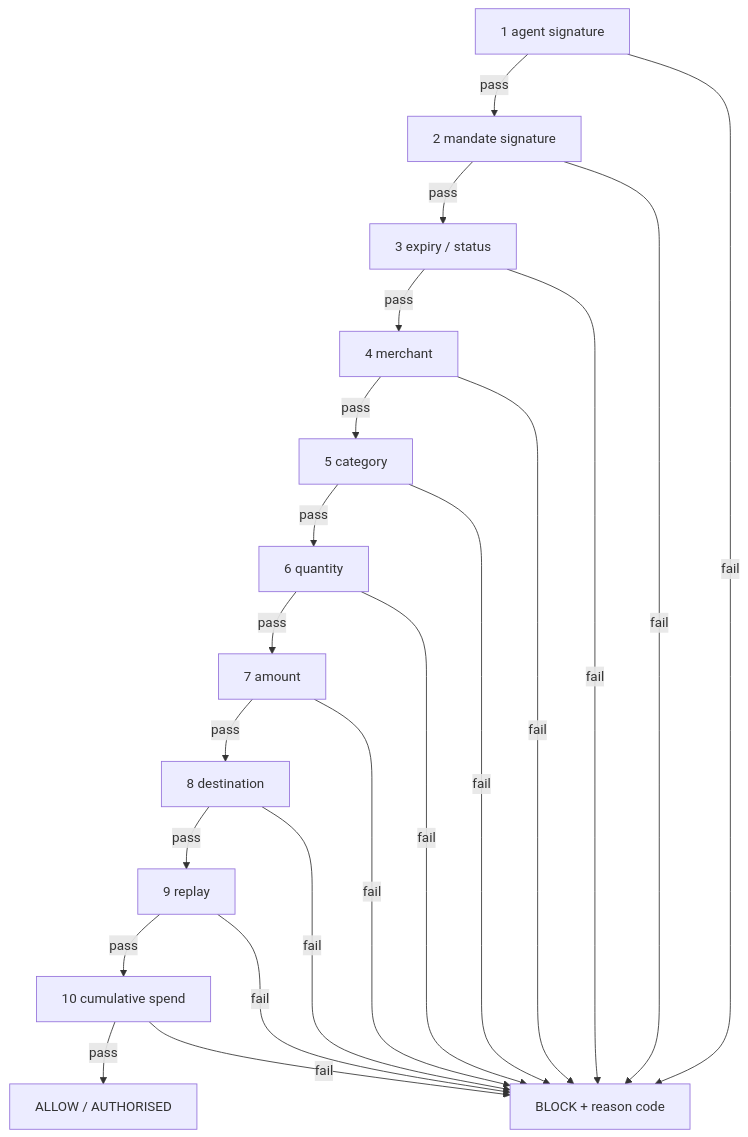
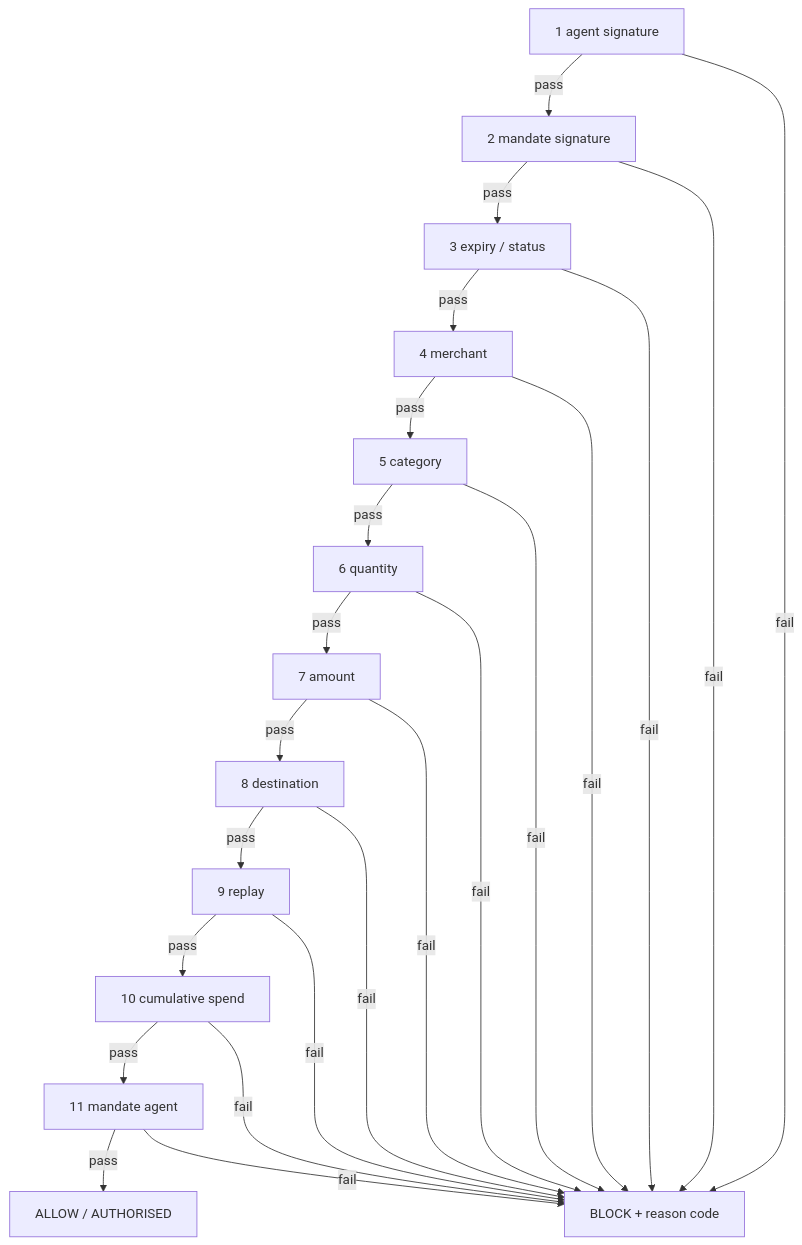
Before and after one commit to SonamNath01/agent-passport: the third of 4 diagrams in docs/WALKTHROUGH.md, drawn with Mermaid. The commit also changed other lines of this file and 24 other files, not shown here.

````diff
--- a/docs/WALKTHROUGH.md
+++ b/docs/WALKTHROUGH.md
@@ -83,14 +84,15 @@
 ```mermaid
 flowchart TD
     C1[1 agent signature] -->|pass| C2[2 mandate signature]
     C2 -->|pass| C3[3 expiry / status]
     C3 -->|pass| C4[4 merchant]
     C4 -->|pass| C5[5 category]
     C5 -->|pass| C6[6 quantity]
     C6 -->|pass| C7[7 amount]
     C7 -->|pass| C8[8 destination]
     C8 -->|pass| C9[9 replay]
     C9 -->|pass| C10[10 cumulative spend]
-    C10 -->|pass| ALLOW[ALLOW / AUTHORISED]
-    C1 & C2 & C3 & C4 & C5 & C6 & C7 & C8 & C9 & C10 -->|fail| BLOCK[BLOCK + reason code]
+    C10 -->|pass| C11[11 mandate agent]
+    C11 -->|pass| ALLOW[ALLOW / AUTHORISED]
+    C1 & C2 & C3 & C4 & C5 & C6 & C7 & C8 & C9 & C10 & C11 -->|fail| BLOCK[BLOCK + reason code]
 ```
````
